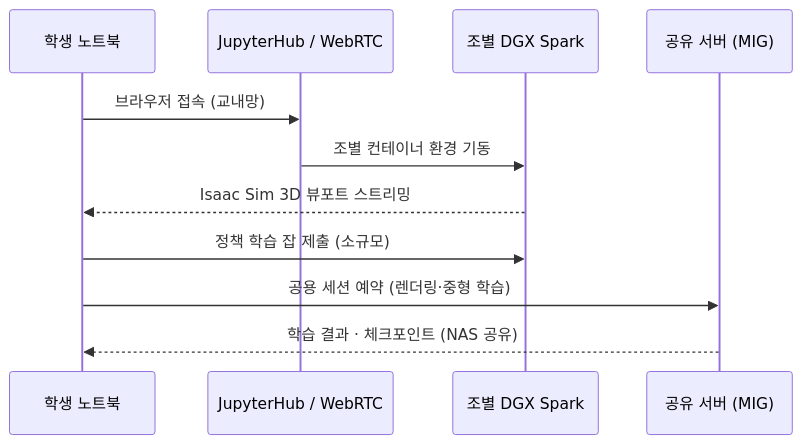
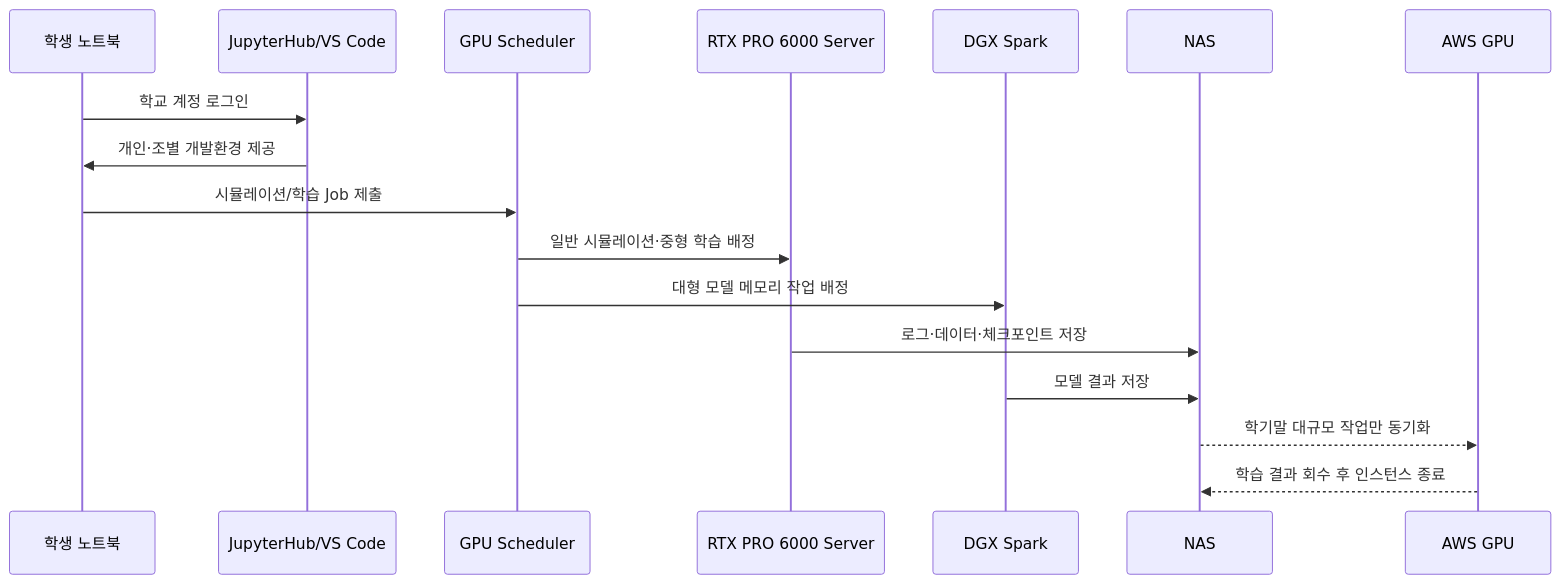
One commit to parclab-hsu/parclab-hsu.github.io changed the second of 3 diagrams in homepage-src/docs/projects/hsu-pac.md. Above: the diagram before and after it, drawn with Mermaid. The commit also changed other lines of this file and 4 other files, not shown here.

````diff
--- a/homepage-src/docs/projects/hsu-pac.md
+++ b/homepage-src/docs/projects/hsu-pac.md
@@ -89,13 +190,20 @@
 ```mermaid
 sequenceDiagram
-    participant 학생 as 학생 노트북
-    participant Hub as JupyterHub / WebRTC
-    participant Spark as 조별 DGX Spark
-    participant SRV as 공유 서버 (MIG)
-    학생->>Hub: 브라우저 접속 (교내망)
-    Hub->>Spark: 조별 컨테이너 환경 기동
-    Spark-->>학생: Isaac Sim 3D 뷰포트 스트리밍
-    학생->>Spark: 정책 학습 잡 제출 (소규모)
-    학생->>SRV: 공용 세션 예약 (렌더링·중형 학습)
-    SRV-->>학생: 학습 결과 · 체크포인트 (NAS 공유)
+    participant S as 학생 노트북
+    participant H as JupyterHub/VS Code
+    participant Q as GPU Scheduler
+    participant R as RTX PRO 6000 Server
+    participant D as DGX Spark
+    participant N as NAS
+    participant C as AWS GPU
+
+    S->>H: 학교 계정 로그인
+    H->>S: 개인·조별 개발환경 제공
+    S->>Q: 시뮬레이션/학습 Job 제출
+    Q->>R: 일반 시뮬레이션·중형 학습 배정
+    Q->>D: 대형 모델 메모리 작업 배정
+    R->>N: 로그·데이터·체크포인트 저장
+    D->>N: 모델 결과 저장
+    N-->>C: 학기말 대규모 작업만 동기화
+    C-->>N: 학습 결과 회수 후 인스턴스 종료
 ```
````
